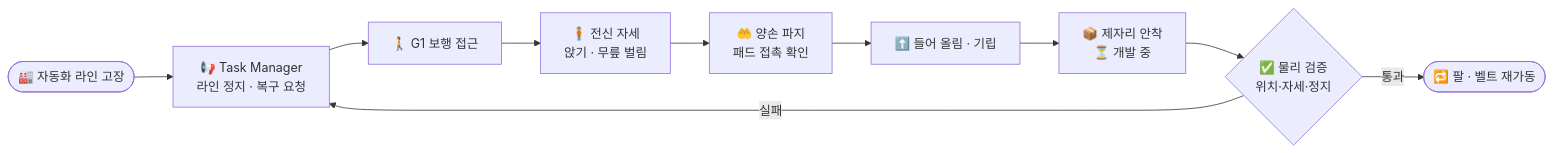
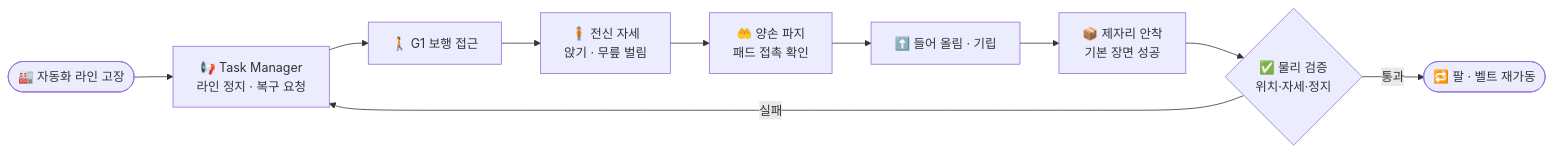
Before and after one commit to joyj0131-dev/Humanoid_Factory_Supervisor: the first of 3 diagrams in README.md, drawn with Mermaid. The commit also changed other lines of this file and 3 other files, not shown here.

````diff
--- a/README.md
+++ b/README.md
@@ -31,12 +31,12 @@
 ```mermaid
 flowchart LR
     A([🏭 자동화 라인 고장]) --> B[📢 Task Manager<br/>라인 정지 · 복구 요청]
     B --> C[🚶 G1 보행 접근]
     C --> D[🧍 전신 자세<br/>앉기 · 무릎 벌림]
     D --> E[🤲 양손 파지<br/>패드 접촉 확인]
     E --> F[⬆️ 들어 올림 · 기립]
-    F --> G[📦 제자리 안착<br/>⏳ 개발 중]
+    F --> G[📦 제자리 안착<br/>기본 장면 성공]
     G --> H{✅ 물리 검증<br/>위치·자세·정지}
     H -- 통과 --> I([🔁 팔 · 벨트 재가동])
     H -- 실패 --> B
 ```
````
